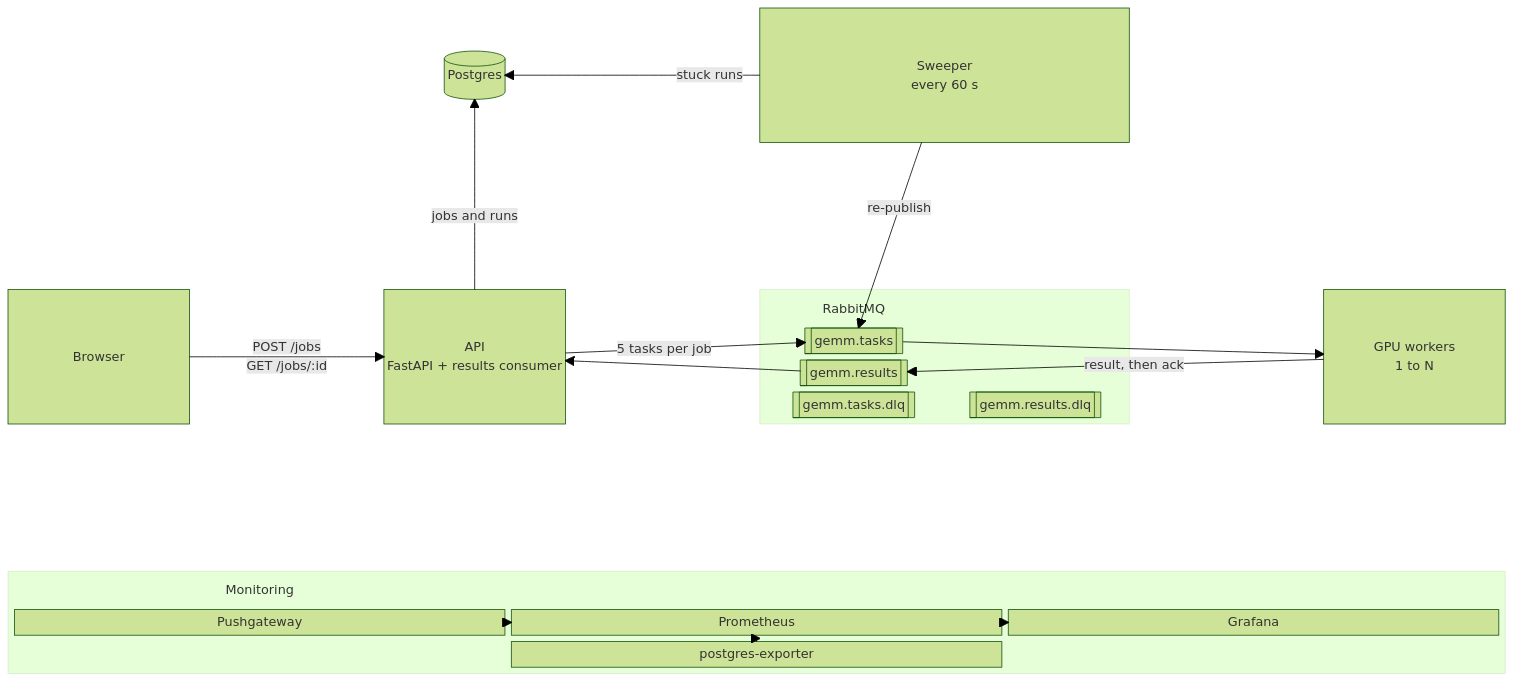
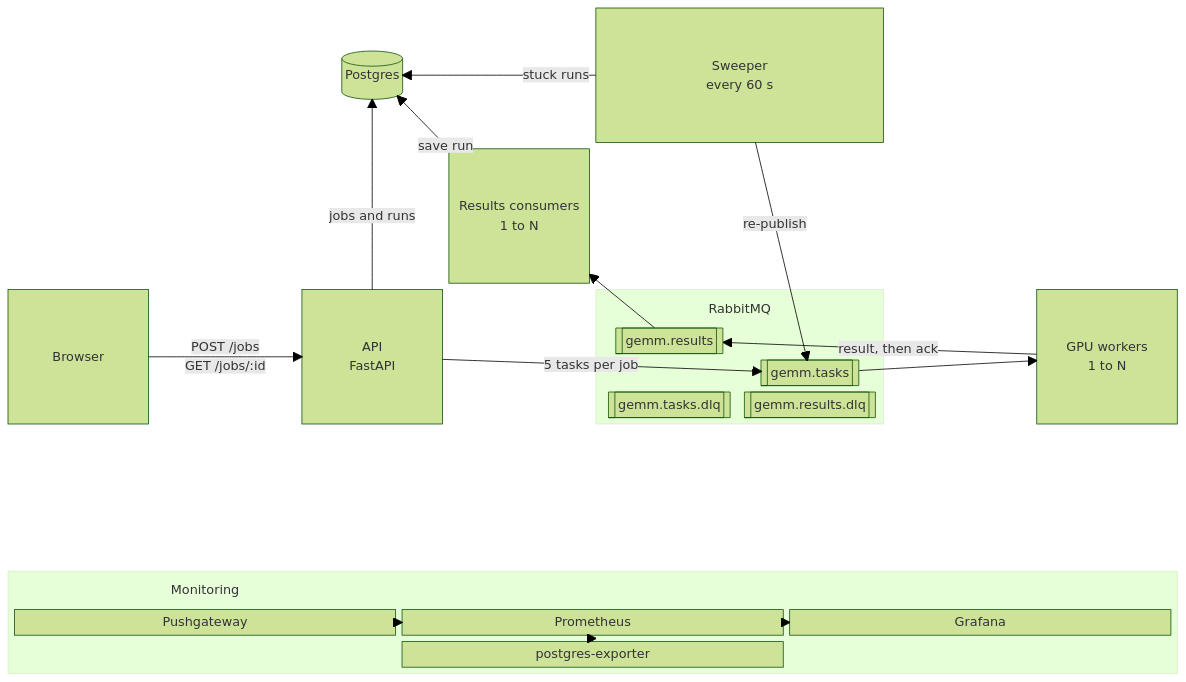
Before and after one commit to jayesh-swami/gemm-queue: the first of 2 diagrams in README.md, drawn with Mermaid (forest theme). The commit also changed other lines of this file and 16 other files, not shown here.

Commit message:
Move the results consumer into its own service

````diff
--- a/README.md
+++ b/README.md
@@ -7,35 +7,36 @@
 ```mermaid
 block-beta
   columns 8
   space:2 DB[("Postgres")] space SW["Sweeper<br/>every 60 s"]:2 space:2
-  space:8
-  B["Browser"] space API["API<br/>FastAPI + results consumer"] space
+  space:3 RC["Results consumers<br/>1 to N"] space:4
+  B["Browser"] space API["API<br/>FastAPI"] space
   block:MQ:2
     columns 2
     MQL["RabbitMQ"]:2
-    T[["gemm.tasks"]]:2
-    R[["gemm.results"]]:2
+    R[["gemm.results"]] space
+    space T[["gemm.tasks"]]
     TD[["gemm.tasks.dlq"]] RD[["gemm.results.dlq"]]
   end
   space W["GPU workers<br/>1 to N"]
   space:8
   block:MON:8
     columns 3
     MONL["Monitoring"]:3
     PGW["Pushgateway"] P["Prometheus"] G["Grafana"]
     space PE["postgres-exporter"] space
   end
   B -- "POST /jobs<br/>GET /jobs/:id" --> API
   API -- "jobs and runs" --> DB
   API -- "5 tasks per job" --> T
   T --> W
   W -- "result, then ack" --> R
-  R --> API
+  R --> RC
+  RC -- "save run" --> DB
   SW -- "stuck runs" --> DB
   SW -- "re-publish" --> T
   PGW --> P
   PE --> P
   P --> G
   style MQL fill:none,stroke:none
   style MONL fill:none,stroke:none
 ```
````
